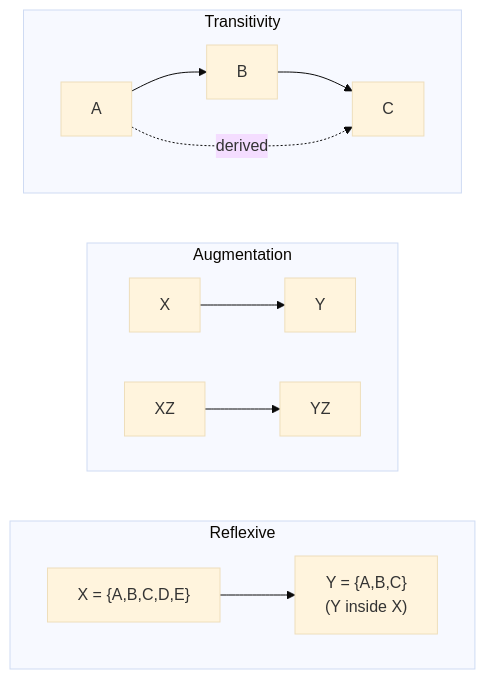
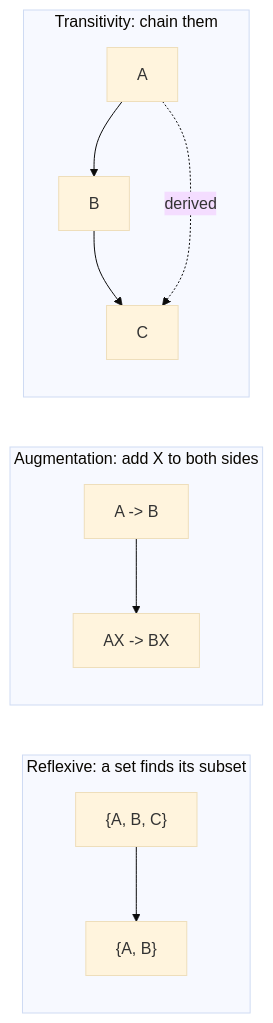
Before and after one commit to aaryan-pradhan/core-cs-fundamentals: the second of 8 diagrams in dbms/11-normalisation.md, drawn with Mermaid (base theme). The commit also changed other lines of this file, not shown here.

````diff
--- a/dbms/11-normalisation.md
+++ b/dbms/11-normalisation.md
@@ -50,17 +24,13 @@
-   ```mermaid
-   flowchart LR
-     subgraph R["Reflexive"]
-       direction LR
-       X1["X = {A,B,C,D,E}"] --> Y1["Y = {A,B,C}<br/>(Y inside X)"]
-     end
-     subgraph AU["Augmentation"]
-       direction LR
-       X2["X"] --> Y2["Y"]
-       XZ["XZ"] --> YZ["YZ"]
-     end
-     subgraph TR["Transitivity"]
-       direction LR
-       A3["A"] --> B3["B"] --> C3["C"]
-       A3 -. "derived" .-> C3
-     end
-   ```
+```mermaid
+flowchart LR
+  subgraph RE["Reflexive: a set finds its subset"]
+    X1["{A, B, C}"] --> Y1["{A, B}"]
+  end
+  subgraph AU["Augmentation: add X to both sides"]
+    X2["A -> B"] --> Y2["AX -> BX"]
+  end
+  subgraph TR["Transitivity: chain them"]
+    A3["A"] --> B3["B"] --> C3["C"]
+    A3 -. "derived" .-> C3
+  end
+```
````
